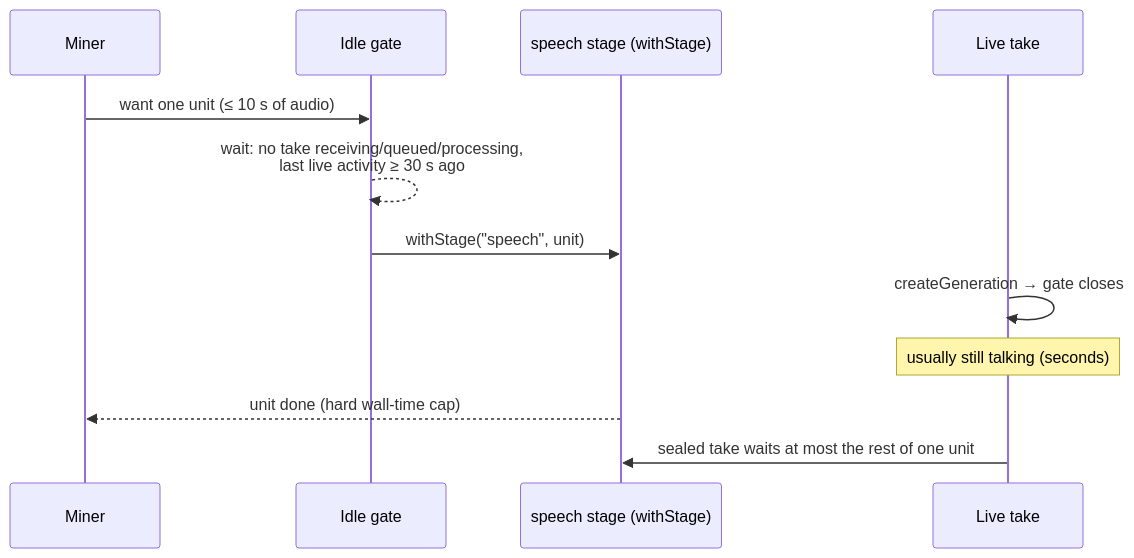
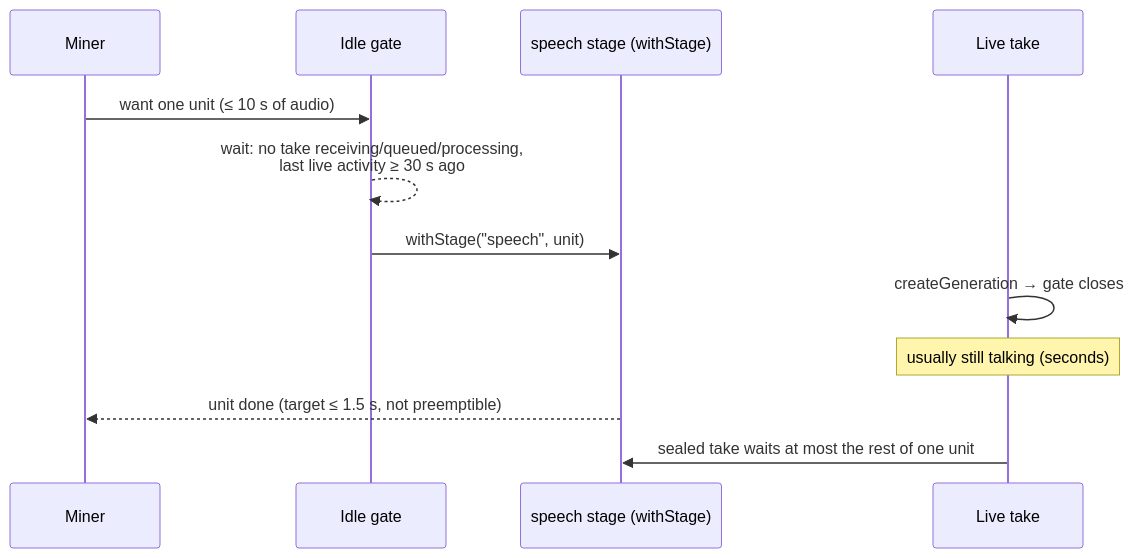
One commit to M4NU5/inlay changed the second of 2 diagrams in docs/dictionary-miner.md. Above: the diagram before and after it, drawn with Mermaid. The commit also changed other lines of this file, not shown here.

Commit message:
DOCS: Call the miner unit budget a target, and say how overruns are handled

````diff
--- a/docs/dictionary-miner.md
+++ b/docs/dictionary-miner.md
@@ -141,14 +141,14 @@
 ```mermaid
 sequenceDiagram
   participant M as Miner
   participant G as Idle gate
   participant S as speech stage (withStage)
   participant L as Live take
   M->>G: want one unit (≤ 10 s of audio)
   G-->>G: wait: no take receiving/queued/processing,<br/>last live activity ≥ 30 s ago
   G->>S: withStage("speech", unit)
   L->>L: createGeneration → gate closes
   Note over L: usually still talking (seconds)
-  S-->>M: unit done (hard wall-time cap)
+  S-->>M: unit done (target ≤ 1.5 s, not preemptible)
   L->>S: sealed take waits at most the rest of one unit
 ```
````
